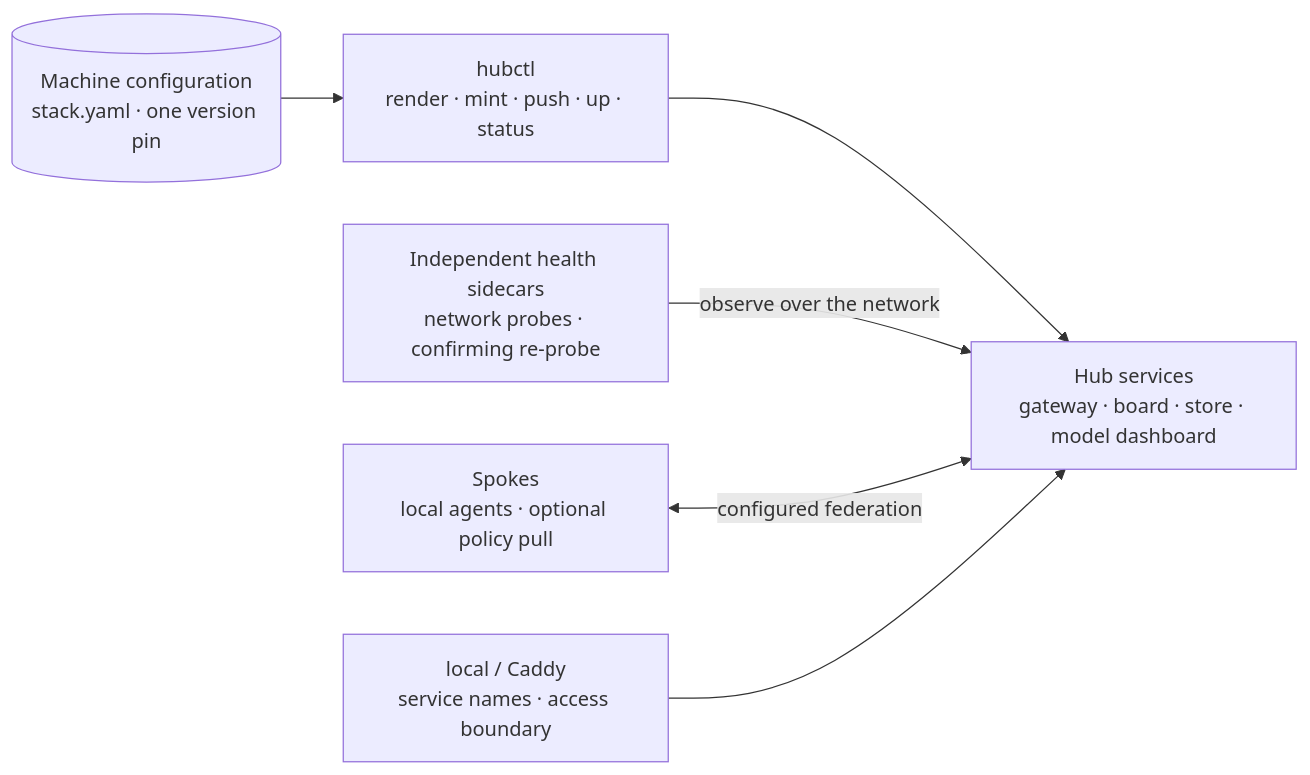
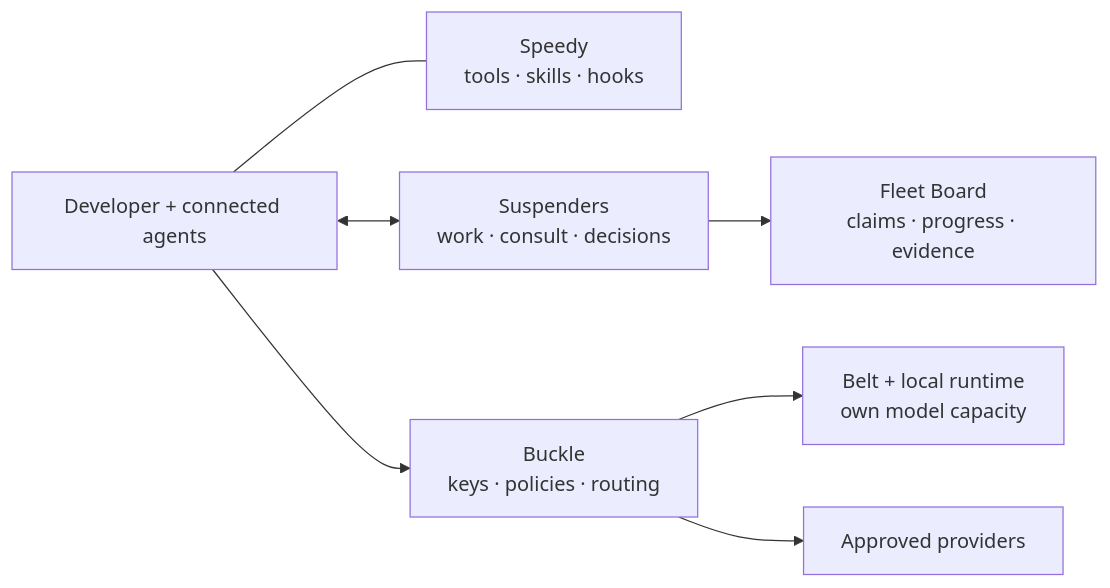
One commit to klh/fleet changed the diagram in README.md. Above: the diagram before and after it, drawn with Mermaid. The commit also changed other lines of this file and 1 other file, not shown here.

Commit message:
docs(fleet): organize guides and shared agent workflows

````diff
--- a/README.md
+++ b/README.md
@@ -299,14 +37,16 @@
 ```mermaid
 flowchart LR
-  CFG[("Machine configuration<br/>stack.yaml · one version pin")]
-  CTL["hubctl<br/>render · mint · push · up · status"]
-  HUB["Hub services<br/>gateway · board · store · model dashboard"]
-  PROBE["Independent health sidecars<br/>network probes · confirming re-probe"]
-  SPOKE["Spokes<br/>local agents · optional policy pull"]
-  FRONT["local / Caddy<br/>service names · access boundary"]
-
-  CFG --> CTL --> HUB
-  PROBE -->|"observe over the network"| HUB
-  SPOKE <-->|"configured federation"| HUB
-  FRONT --> HUB
+  DEV["Developer + connected agents"]
+  SPEEDY["Speedy<br/>tools · skills · hooks"]
+  WORK["Suspenders<br/>work · consult · decisions"]
+  BOARD["Fleet Board<br/>claims · progress · evidence"]
+  BUCKLE["Buckle<br/>keys · policies · routing"]
+  BELT["Belt + local runtime<br/>own model capacity"]
+  CLOUD["Approved providers"]
+  DEV --- SPEEDY
+  DEV <--> WORK
+  WORK --> BOARD
+  DEV --> BUCKLE
+  BUCKLE --> BELT
+  BUCKLE --> CLOUD
 ```
````
